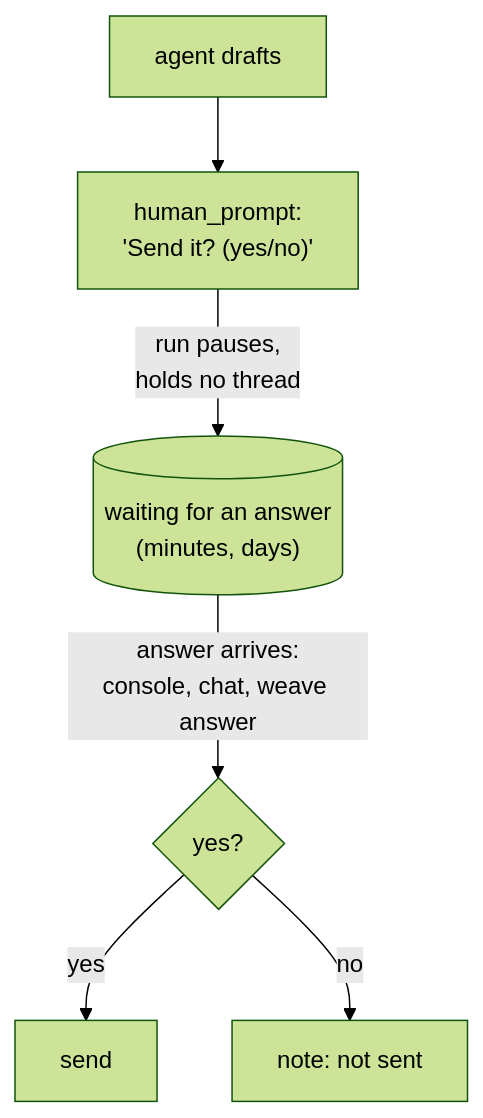
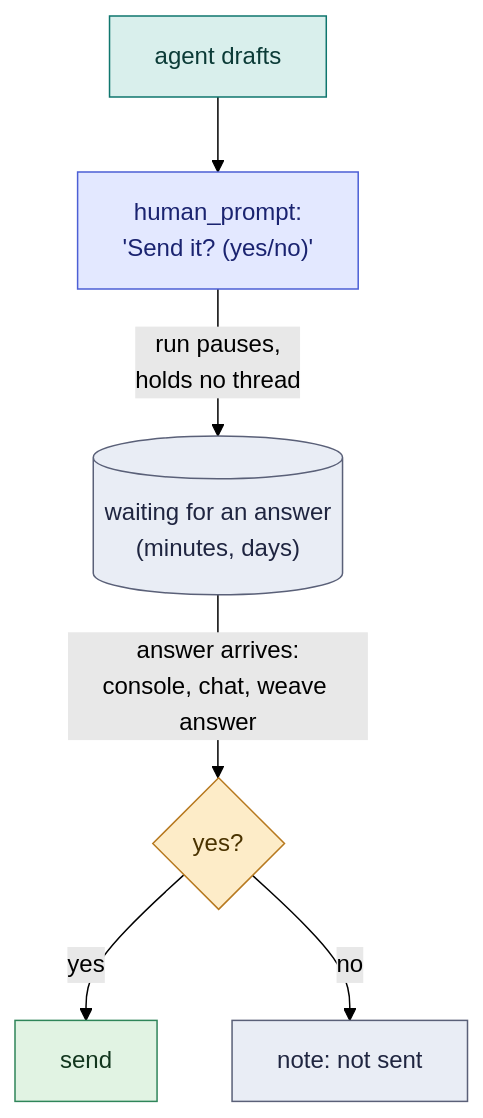
Before and after one commit to srijithunni7182/llm4j: the first of 2 diagrams in docs/tutorial/08-people-in-the-loop.md, drawn with Mermaid (forest theme). The commit also changed 13 other files, not shown here.

First line of the commit message:
docs: give the tutorial's diagrams meaningful colours

````diff
--- a/docs/tutorial/08-people-in-the-loop.md
+++ b/docs/tutorial/08-people-in-the-loop.md
@@ -5,8 +5,18 @@
 ```mermaid
 flowchart TD
   A["agent drafts"] --> Q["human_prompt:<br/>'Send it? (yes/no)'"]
   Q -- "run pauses,<br/>holds no thread" --> W[("waiting for an answer<br/>(minutes, days)")]
   W -- "answer arrives:<br/>console, chat, weave answer" --> D{"yes?"}
   D -- yes --> S["send"]
   D -- no --> N["note: not sent"]
+  classDef step fill:#d9efec,stroke:#0f766e,color:#0b3b37
+  classDef decision fill:#fdecc8,stroke:#b7791f,color:#4a3300
+  classDef person fill:#e3e8ff,stroke:#4c5fd5,color:#1a2370
+  classDef world fill:#e1f3e3,stroke:#2f855a,color:#12361e
+  class A step
+  class D decision
+  class Q person
+  class S world
+  classDef edge fill:#e9edf5,stroke:#5a6078,color:#1f2540
+  class N,W edge
 ```
````
